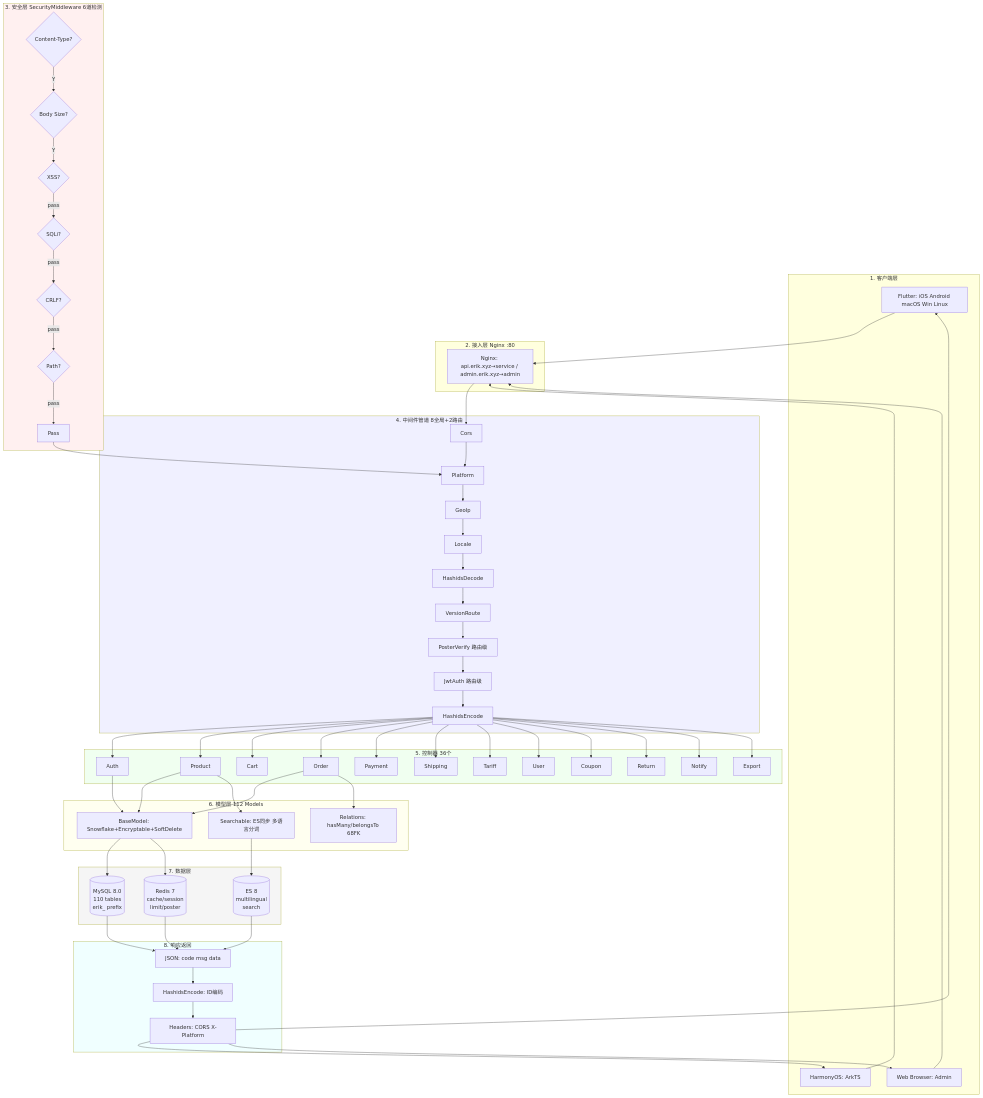
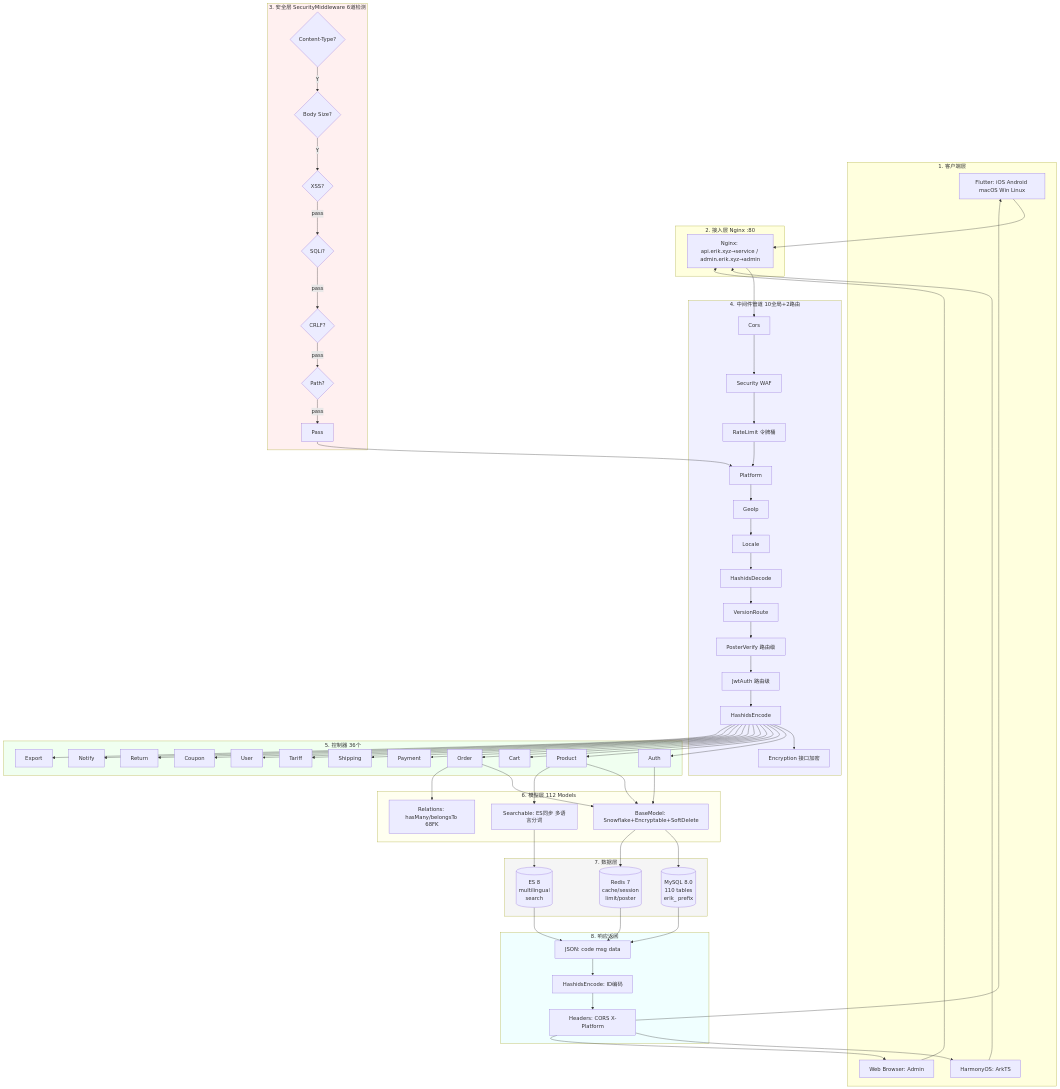
One commit to erikwang2013/erik-shop changed the second of 6 diagrams in docs/architecture-full.md. Above: the diagram before and after it, drawn with Mermaid. The commit also changed other lines of this file and 33 other files, not shown here.

First line of the commit message:
修复服务运行问题（Redis 门面、Encryptable 兼容层、安全插件启用），更新全部文档与架构图

````diff
--- a/docs/architecture-full.md
+++ b/docs/architecture-full.md
@@ -71,70 +71,73 @@
 ```mermaid
 graph TB
     subgraph Clients["1. 客户端层"]
         FL[Flutter: iOS Android macOS Win Linux]
         HM[HarmonyOS: ArkTS]
         WB[Web Browser: Admin]
     end
     subgraph Gateway["2. 接入层 Nginx :80"]
         NG[Nginx: api.erik.xyz→service / admin.erik.xyz→admin]
     end
     subgraph Security["3. 安全层 SecurityMiddleware 6道检测"]
         CT{Content-Type?} -->|Y| BS{Body Size?}
         BS -->|Y| XS{XSS?}
         XS -->|pass| SQ{SQLi?}
         SQ -->|pass| CR{CRLF?}
         CR -->|pass| PT{Path?}
         PT -->|pass| PASS[Pass]
     end
-    subgraph Pipeline["4. 中间件管道 8全局+2路由"]
-        CORS[Cors] --> PLAT[Platform]
+    subgraph Pipeline["4. 中间件管道 10全局+2路由"]
+        CORS[Cors] --> SEC[Security WAF]
+        SEC --> RATE[RateLimit 令牌桶]
+        RATE --> PLAT[Platform]
         PLAT --> GEO[GeoIp]
         GEO --> LOC[Locale]
         LOC --> HDEC[HashidsDecode]
         HDEC --> VER[VersionRoute]
         VER --> POSTV[PosterVerify 路由级]
         POSTV --> JWT[JwtAuth 路由级]
         JWT --> HENC[HashidsEncode]
+        HENC --> ENC[Encryption 接口加密]
     end
     subgraph Controllers["5. 控制器 36个"]
         AUTH[Auth] & PROD[Product] & CART[Cart]
         ORD[Order] & PAY[Payment] & SHIP[Shipping]
         TARI[Tariff] & USER[User] & COUP[Coupon]
         RET[Return] & NOTI[Notify] & EXPORT[Export]
     end
     subgraph Models["6. 模型层 112 Models"]
         BM[BaseModel: Snowflake+Encryptable+SoftDelete]
         REL[Relations: hasMany/belongsTo 68FK]
         SRCH[Searchable: ES同步 多语言分词]
     end
     subgraph Data["7. 数据层"]
         MySQL[(MySQL 8.0<br/>110 tables<br/>erik_ prefix)]
         Redis[(Redis 7<br/>cache/session<br/>limit/poster)]
         ES[(ES 8<br/>multilingual<br/>search)]
     end
     subgraph Response["8. 响应返回"]
         JSON[JSON: code msg data]
         OUTENC[HashidsEncode: ID编码]
         HEADERS[Headers: CORS X-Platform]
     end
 
     FL & HM & WB --> NG
     NG --> CORS
     PASS --> PLAT
     HENC --> AUTH & PROD & CART & ORD & PAY & SHIP & TARI & USER & COUP & RET & NOTI & EXPORT
     AUTH & PROD & ORD --> BM
     ORD --> REL
     PROD --> SRCH
     BM --> MySQL & Redis
     SRCH --> ES
     MySQL & Redis & ES --> JSON
     JSON --> OUTENC --> HEADERS
     HEADERS --> FL & HM & WB
 
     style Security fill:#fff0f0
     style Pipeline fill:#f0f0ff
     style Controllers fill:#f0fff0
     style Models fill:#fffff0
     style Data fill:#f5f5f5
     style Response fill:#f0ffff
 ```
````
